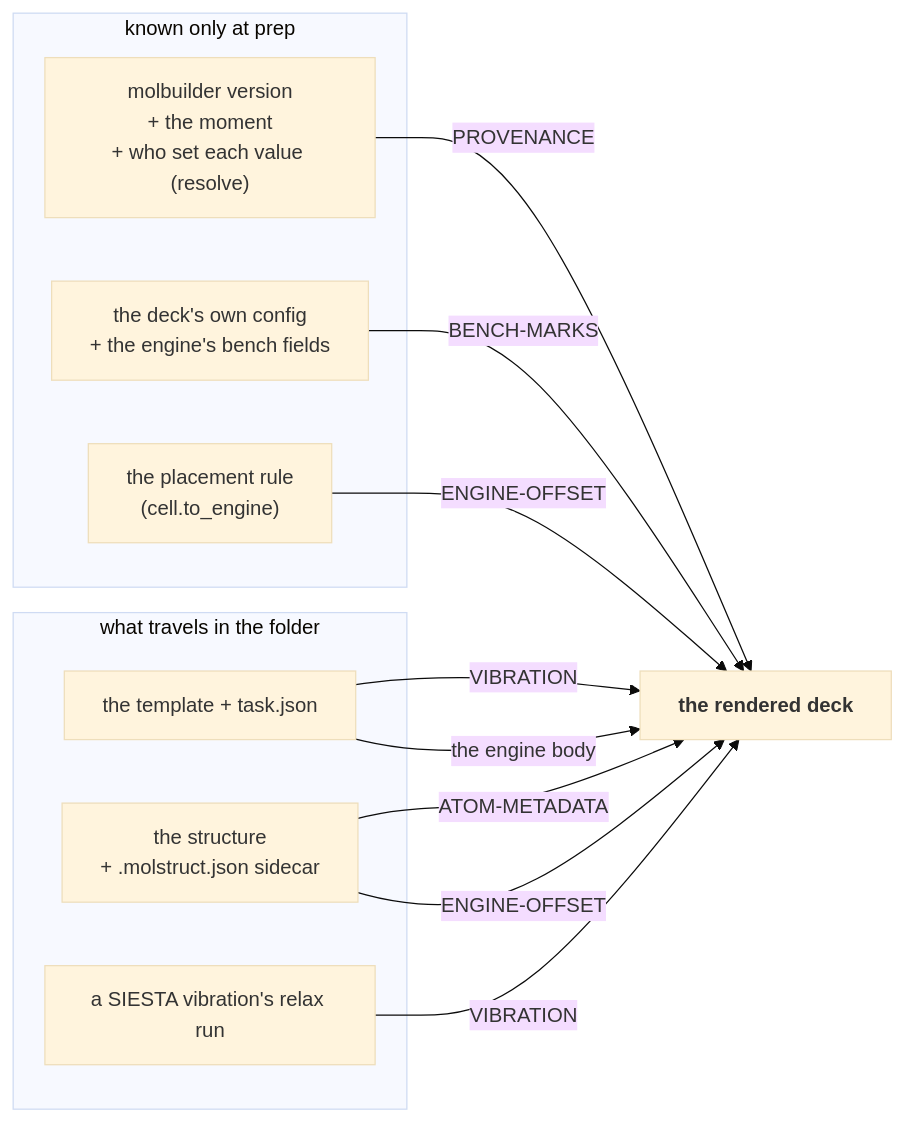
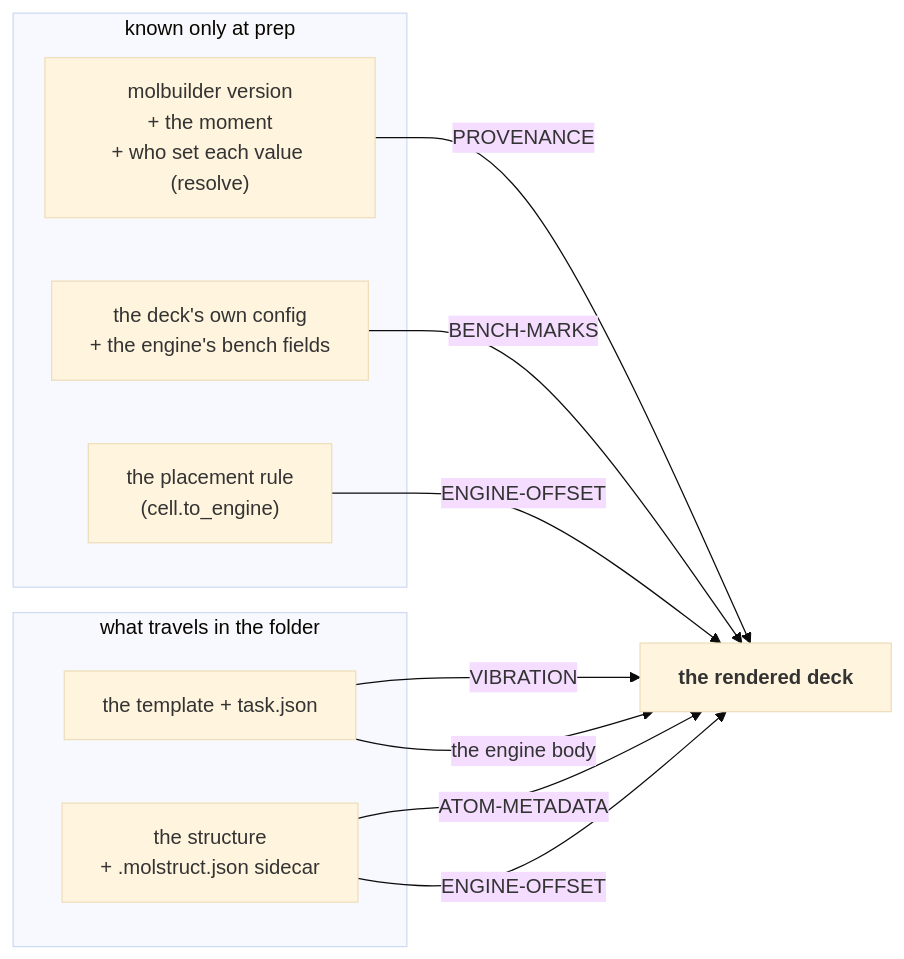
The fourth of 8 diagrams in docs/engines/template.md (Qing-LAB/molbuilder), drawn with Mermaid (base theme) before and after one commit. The commit also changed other lines of this file and 114 other files, not shown here.

````diff
--- a/docs/engines/template.md
+++ b/docs/engines/template.md
@@ -2186,22 +2186,20 @@
 ```mermaid
 flowchart LR
     subgraph SRC["what travels in the folder"]
       TPL["the template + task.json"]
       STR["the structure<br/>+ .molstruct.json sidecar"]
-      RLX["a SIESTA vibration's relax run"]
     end
     subgraph GEN["known only at prep"]
       VER["molbuilder version<br/>+ the moment<br/>+ who set each value (resolve)"]
       META["the deck's own config<br/>+ the engine's bench fields"]
       PLC["the placement rule<br/>(cell.to_engine)"]
     end
     DECK["<b>the rendered deck</b>"]
     VER -->|PROVENANCE| DECK
     META -->|BENCH-MARKS| DECK
     STR -->|ATOM-METADATA| DECK
     STR -->|ENGINE-OFFSET| DECK
     PLC -->|ENGINE-OFFSET| DECK
     TPL -->|VIBRATION| DECK
-    RLX -->|VIBRATION| DECK
     TPL -->|"the engine body"| DECK
 ```
````
